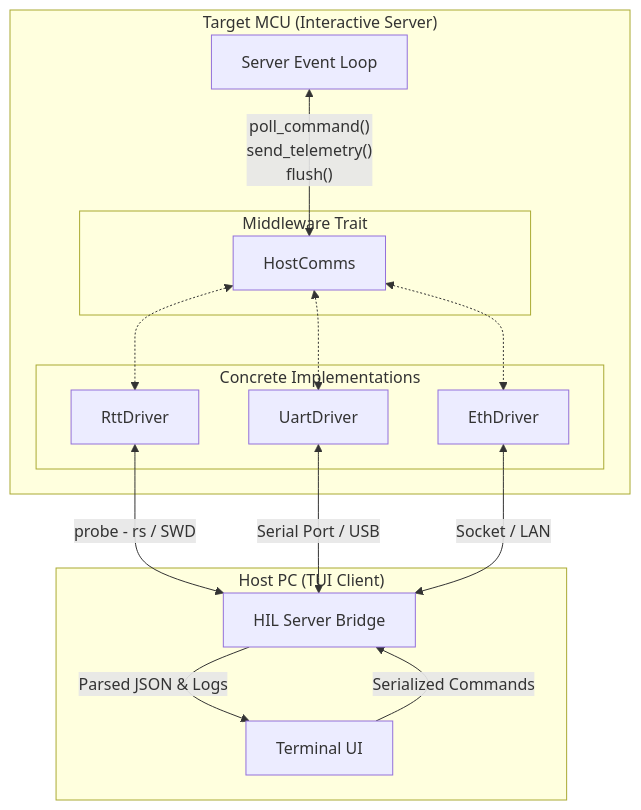
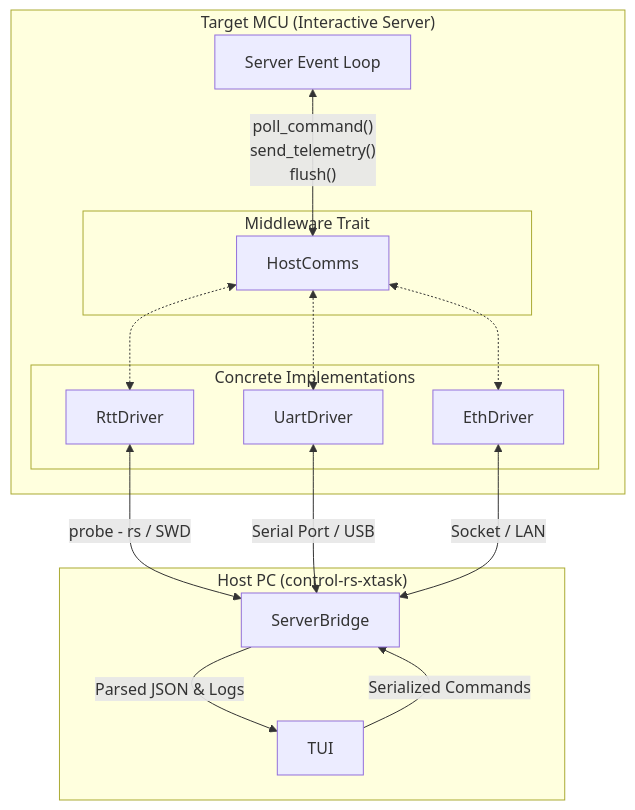
Before and after one commit to Dyse-Industries/control-rs: the diagram in documentation/xtask/design/host-comm-design-doc.md, drawn with Mermaid. The commit also changed other lines of this file and 56 other files, not shown here.

````diff
--- a/documentation/xtask/design/host-comm-design-doc.md
+++ b/documentation/xtask/design/host-comm-design-doc.md
@@ -89,32 +64,32 @@
 ```mermaid
 graph TD
     subgraph "Target MCU (Interactive Server)"
         SRV[Server Event Loop]
 
         subgraph Middleware Trait
             HC_TRAIT[HostComms]
         end
 
         subgraph Concrete Implementations
             RTT[RttDriver]
             UART[UartDriver]
             ETH[EthDriver]
         end
 
         SRV <-->|" poll_command() \n send_telemetry() \n flush() "| HC_TRAIT
         HC_TRAIT <-.-> RTT
         HC_TRAIT <-.-> UART
         HC_TRAIT <-.-> ETH
     end
 
     RTT <-->|probe - rs / SWD| DEMUX
     UART <-->|Serial Port / USB| DEMUX
     ETH <-->|Socket / LAN| DEMUX
 
-    subgraph "Host PC (TUI Client)"
-        DEMUX[HIL Server Bridge]
-        UI[Terminal UI]
+    subgraph "Host PC (control-rs-xtask)"
+        DEMUX[ServerBridge]
+        UI[TUI]
         DEMUX -->|Parsed JSON & Logs| UI
         UI -->|Serialized Commands| DEMUX
     end
 ```
````
